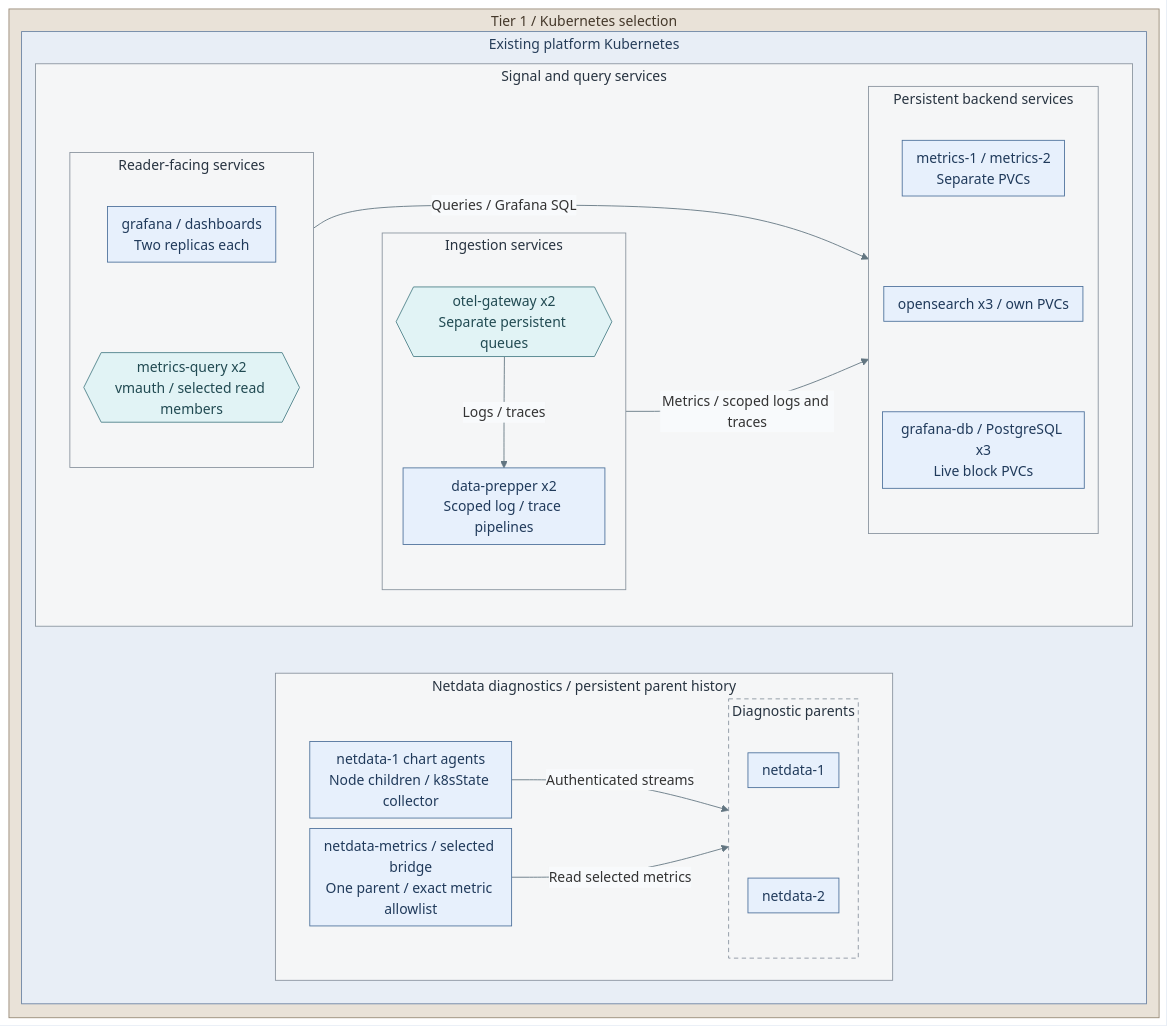
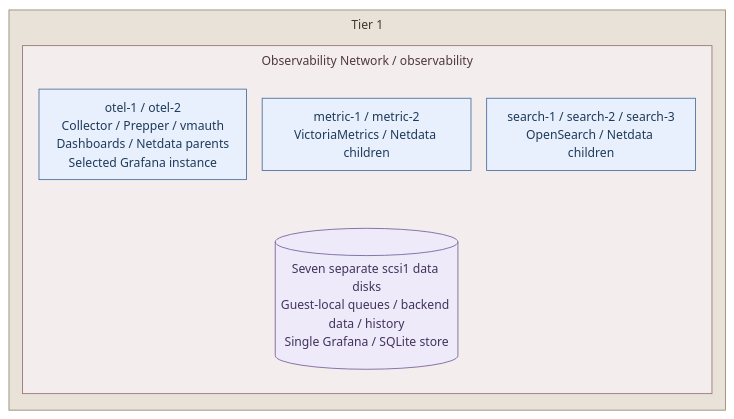
Before and after one commit to Rexus/homelab: the first of 5 diagrams in docs/05-operations/06-resilience/observability.md, drawn with Mermaid. The commit also changed other lines of this file and 124 other files, not shown here.

First line of the commit message:
fix(platform): align service diagrams and directory failover

````diff
--- a/docs/05-operations/06-resilience/observability.md
+++ b/docs/05-operations/06-resilience/observability.md
@@ -8,64 +64,24 @@
 ```mermaid
-%%{init: {"theme":"base","flowchart":{"nodeSpacing":12,"rankSpacing":4,"padding":8,"subGraphTitleMargin":{"top":2,"bottom":8}},"themeVariables":{"lineColor":"#627581","edgeLabelBackground":"#f8fafc"}}}%%
+%%{init: {"theme":"base","flowchart":{"nodeSpacing":18,"rankSpacing":6,"padding":10,"subGraphTitleMargin":{"top":6,"bottom":16}},"themeVariables":{"lineColor":"#627581","edgeLabelBackground":"#f8fafc","fontFamily":"Arial, sans-serif","fontSize":"14px"},"fontFamily":"Arial, sans-serif"}}%%
 flowchart TB
-  subgraph T1["Tier 1 / Kubernetes selection"]
-    subgraph Cluster["Existing platform Kubernetes"]
-      direction TB
-      subgraph Serving["Signal and query services"]
-        direction LR
-        subgraph Readers["Reader-facing services"]
-          direction TB
-          UIs["grafana / dashboards<br/>Two replicas each"]
-          Query{{"metrics-query x2<br/>vmauth / selected read members"}}
-          UIs ~~~ Query
-        end
-        subgraph Processing["Ingestion services"]
-          direction TB
-          Gateway{{"otel-gateway x2<br/>Separate persistent queues"}}
-          Prepper["data-prepper x2<br/>Scoped log / trace pipelines"]
-          Gateway -->|Logs / traces| Prepper
-        end
-        subgraph Backends["Persistent backend services"]
-          direction TB
-          Metrics["metrics-1 / metrics-2<br/>Separate PVCs"]
-          Search["opensearch x3 / own PVCs"]
-          DB["grafana-db / PostgreSQL x3<br/>Live block PVCs"]
-          Metrics ~~~ Search ~~~ DB
-        end
-        Readers -->|Queries / Grafana SQL| Backends
-        Processing -->|Metrics / scoped logs and traces| Backends
-        Readers ~~~ Processing
-      end
-      subgraph Diagnostics["Netdata diagnostics / persistent parent history"]
-        direction LR
-        subgraph Parents["Diagnostic parents"]
-          direction TB
-          N1["netdata-1"]
-          N2["netdata-2"]
-          N1 ~~~ N2
-        end
-        Agents["netdata-1 chart agents<br/>Node children / k8sState collector"]
-        Bridge["netdata-metrics / selected bridge<br/>One parent / exact metric allowlist"]
-        Agents -->|Authenticated streams| Parents
-        Bridge -->|Read selected metrics| Parents
-      end
-      Serving ~~~ Diagnostics
+  subgraph T1["Tier 1"]
+    subgraph Network["Observability Network / observability"]
+      O1["otel-1 / otel-2<br/>Collector / Prepper / vmauth<br/>Dashboards / Netdata parents<br/>Selected Grafana instance"]
+      M1["metric-1 / metric-2<br/>VictoriaMetrics / Netdata children"]
+      Search["search-1 / search-2 / search-3<br/>OpenSearch / Netdata children"]
+      Disks[("Seven separate scsi1 data disks<br/>Guest-local queues / backend data / history<br/>Single Grafana / SQLite store")]
+      O1 ~~~ Disks
+      M1 ~~~ Disks
+      Search ~~~ Disks
     end
   end
   classDef default fill:#f8fafc,stroke:#64748b,color:#1f2937
   classDef services fill:#e7f0fc,stroke:#4d719b,color:#203a5b
-  classDef runtime fill:#d9eeec,stroke:#4d7b77,color:#173f3e
-  classDef boundary fill:#eef2f6,stroke:#64748b,color:#1f2937
-  classDef replicas fill:#f5f6f7,stroke:#89939e,color:#273340,stroke-dasharray:5 4
-  classDef actor fill:#edf0f3,stroke:#697682,color:#293642
-  class UIs,Prepper,Metrics,Search,DB,N1,N2,Agents,Bridge services
-  class Parents replicas
-  classDef group fill:#f5f6f7,stroke:#89939e,color:#273340
-  class Backends,Diagnostics,Processing,Readers,Serving group
-  classDef kubernetes fill:#e8eef6,stroke:#6b83a3,color:#263d59
-  class Cluster kubernetes
-  classDef traffic fill:#e1f3f5,stroke:#4c7f88,color:#214a52
-  class Query,Gateway traffic
+  classDef data fill:#eeeafa,stroke:#78639b,color:#42325d
+  classDef network fill:#f4eded,stroke:#9b7378,color:#50383d
   classDef tier1 fill:#e9e2d8,stroke:#968976,color:#44382a
+  class O1,M1,Search services
+  class Disks data
+  class Network network
   class T1 tier1
 ```
````
